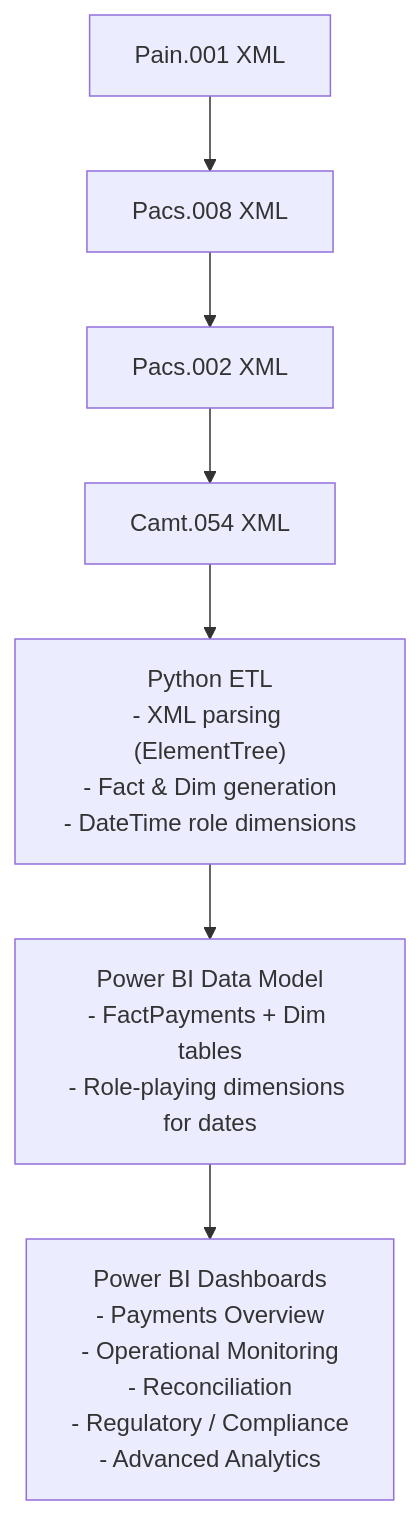
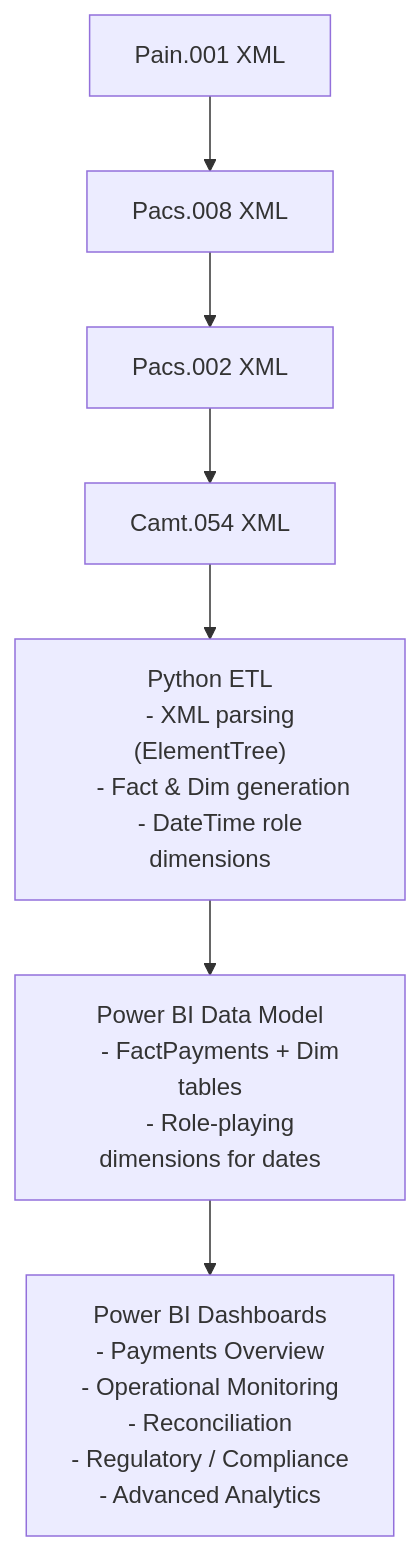
The diagram in docs/technical-architecture.md (srdobolo/ISO-20022-Payments-Data-Analytics), drawn with Mermaid before and after one commit.

````diff
--- a/docs/technical-architecture.md
+++ b/docs/technical-architecture.md
@@ -1,9 +1,19 @@
 ```mermaid
 flowchart TD
     A[Pain.001 XML] --> B[Pacs.008 XML]
     B --> C[Pacs.002 XML]
     C --> D[Camt.054 XML]
-    D --> E["Python ETL\n- XML parsing (ElementTree)\n- Fact & Dim generation\n- DateTime role dimensions"]
-    E --> F["Power BI Data Model\n- FactPayments + Dim tables\n- Role-playing dimensions for dates"]
-    F --> G["Power BI Dashboards\n- Payments Overview\n- Operational Monitoring\n- Reconciliation\n- Regulatory / Compliance\n- Advanced Analytics"]
+    D --> E["Python ETL
+    - XML parsing (ElementTree)
+    - Fact & Dim generation
+    - DateTime role dimensions"]
+    E --> F["Power BI Data Model
+    - FactPayments + Dim tables
+    - Role-playing dimensions for dates"]
+    F --> G["Power BI Dashboards
+    - Payments Overview
+    - Operational Monitoring
+    - Reconciliation
+    - Regulatory / Compliance
+    - Advanced Analytics"]
 ```
````
